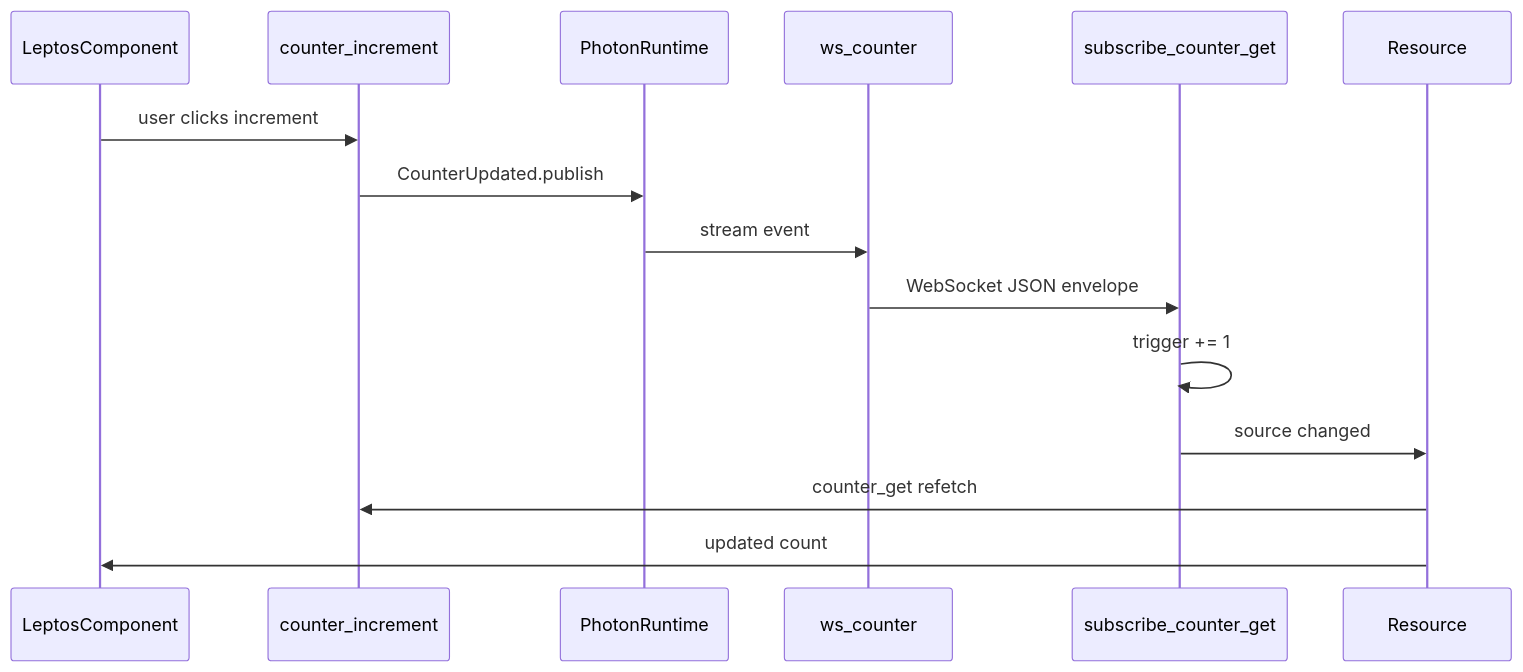
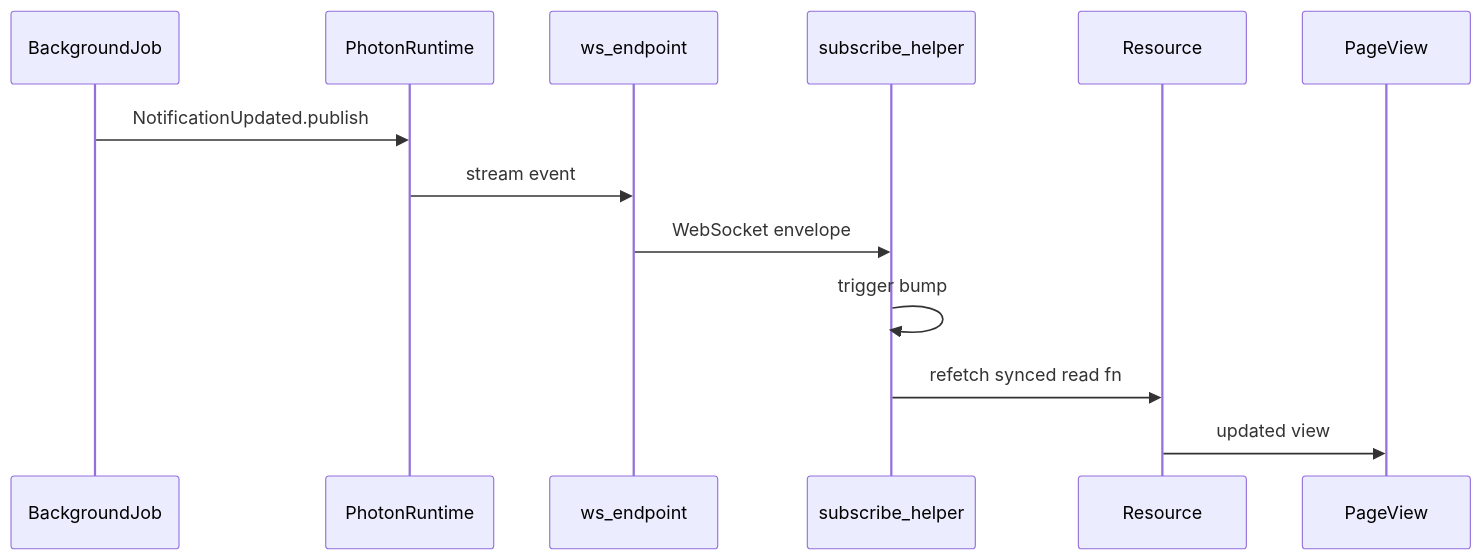
One commit to deathbreakfast/photon-leptos changed the diagram in README.md. Above: the diagram before and after it, drawn with Mermaid. The commit also changed other lines of this file and 20 other files, not shown here.

````diff
--- a/README.md
+++ b/README.md
@@ -57,18 +45,16 @@
 ```mermaid
 sequenceDiagram
-    participant UI as LeptosComponent
-    participant SF as counter_increment
+    participant Job as BackgroundJob
     participant Photon as PhotonRuntime
-    participant WS as ws_counter
-    participant Sub as subscribe_counter_get
+    participant WS as ws_endpoint
+    participant Sub as subscribe_helper
     participant Res as Resource
+    participant UI as PageView
 
-    UI->>SF: user clicks increment
-    SF->>Photon: CounterUpdated.publish
+    Job->>Photon: NotificationUpdated.publish
     Photon->>WS: stream event
-    WS->>Sub: WebSocket JSON envelope
-    Sub->>Sub: trigger += 1
-    Sub->>Res: source changed
-    Res->>SF: counter_get refetch
-    Res->>UI: updated count
+    WS->>Sub: WebSocket envelope
+    Sub->>Sub: trigger bump
+    Sub->>Res: refetch synced read fn
+    Res->>UI: updated view
 ```
````
